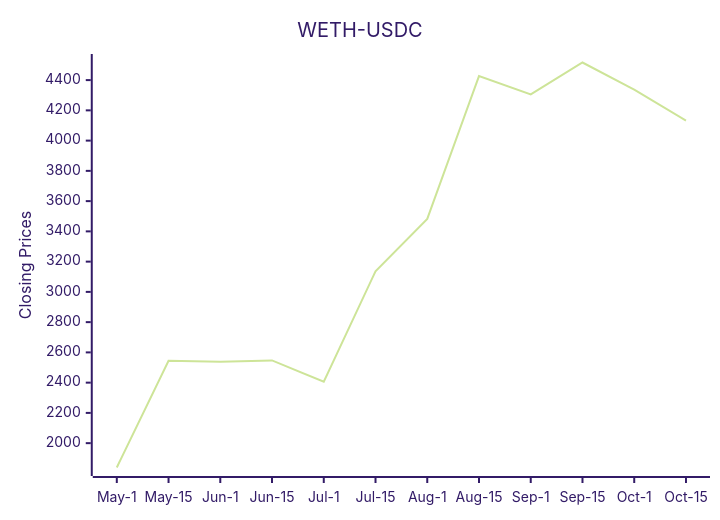
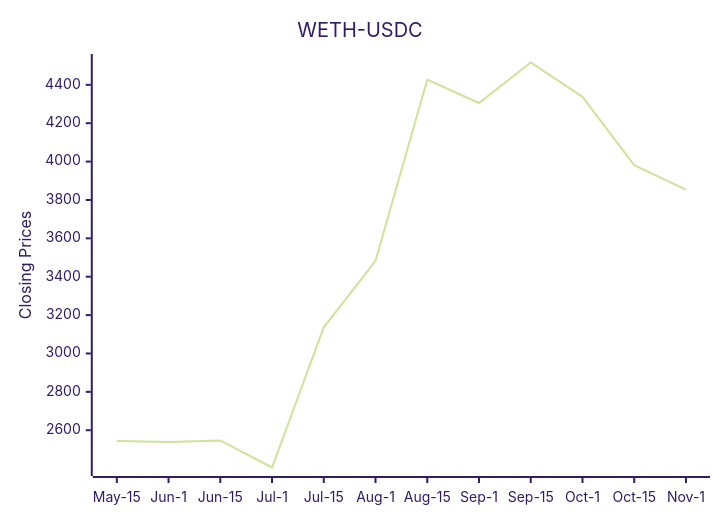
One commit to bicced/ReadmeCryptoPriceChart changed the diagram in README.md. Above: the diagram before and after it, drawn with Mermaid (forest theme).

Commit message:
Update README with latest DEX data

````diff
--- a/README.md
+++ b/README.md
@@ -6,7 +6,7 @@
 ```mermaid
 xychart-beta
   title "WETH-USDC"
-  x-axis [May-1,May-15,Jun-1,Jun-15,Jul-1,Jul-15,Aug-1,Aug-15,Sep-1,Sep-15,Oct-1,Oct-15]
-  y-axis "Closing Prices" 1839.06 --> 4516.39403113754
-  line [1839.06,2544.38,2538.04,2547.02,2405.73,3136.3,3482.42836863059,4426.73412630884,4305.29196667193,4516.39403113754,4337.4165948864,4132.53709467449]
+  x-axis [May-15,Jun-1,Jun-15,Jul-1,Jul-15,Aug-1,Aug-15,Sep-1,Sep-15,Oct-1,Oct-15,Nov-1]
+  y-axis "Closing Prices" 2405.73 --> 4516.39403113754
+  line [2544.38,2538.04,2547.02,2405.73,3136.3,3482.42836863059,4426.73412630884,4305.29196667193,4516.39403113754,4337.4165948864,3981.40087035479,3854.02122943861]
 ```
````
